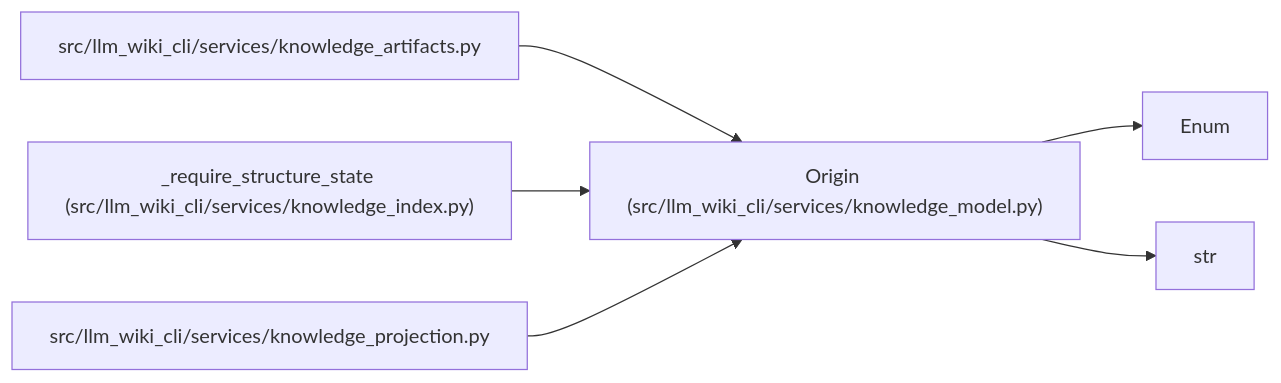
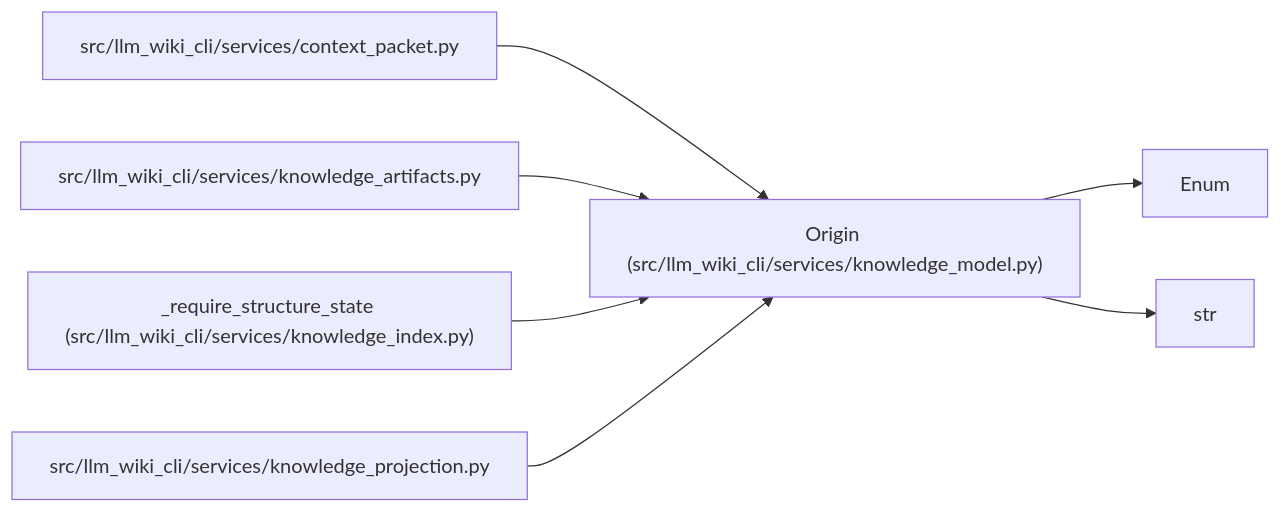
The diagram in docs/llm_wiki/entities/Origin.md (Denissvgn/python-wiki-llm), drawn with Mermaid before and after one commit. The commit also changed other lines of this file and 364 other files, not shown here.

````diff
--- a/docs/llm_wiki/entities/Origin.md
+++ b/docs/llm_wiki/entities/Origin.md
@@ -31,18 +31,21 @@
 ```mermaid
 flowchart LR
     n0["Origin (src/llm_wiki_cli/services/knowledge_model.py)"]
     n1["Enum"]
     n2["str"]
-    n3["src/llm_wiki_cli/services/knowledge_artifacts.py"]
-    n4["_require_structure_state (src/llm_wiki_cli/services/knowledge_index.py)"]
-    n5["src/llm_wiki_cli/services/knowledge_projection.py"]
+    n3["src/llm_wiki_cli/services/context_packet.py"]
+    n4["src/llm_wiki_cli/services/knowledge_artifacts.py"]
+    n5["_require_structure_state (src/llm_wiki_cli/services/knowledge_index.py)"]
+    n6["src/llm_wiki_cli/services/knowledge_projection.py"]
     n0 --> n1
     n0 --> n2
     n3 --> n0
     n4 --> n0
     n5 --> n0
+    n6 --> n0
     click n0 "../modules/knowledge_model.md"
-    click n3 "../modules/knowledge_artifacts.md"
-    click n4 "../modules/knowledge_index.md"
-    click n5 "../modules/knowledge_projection.md"
+    click n3 "../modules/context_packet.md"
+    click n4 "../modules/knowledge_artifacts.md"
+    click n5 "../modules/knowledge_index.md"
+    click n6 "../modules/knowledge_projection.md"
 ```
````
